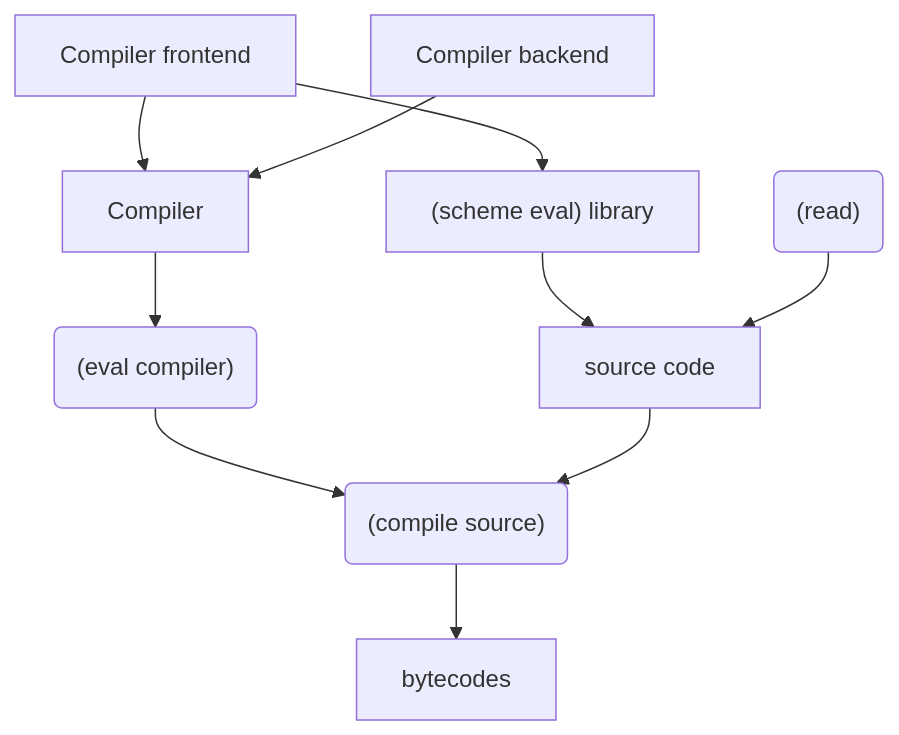
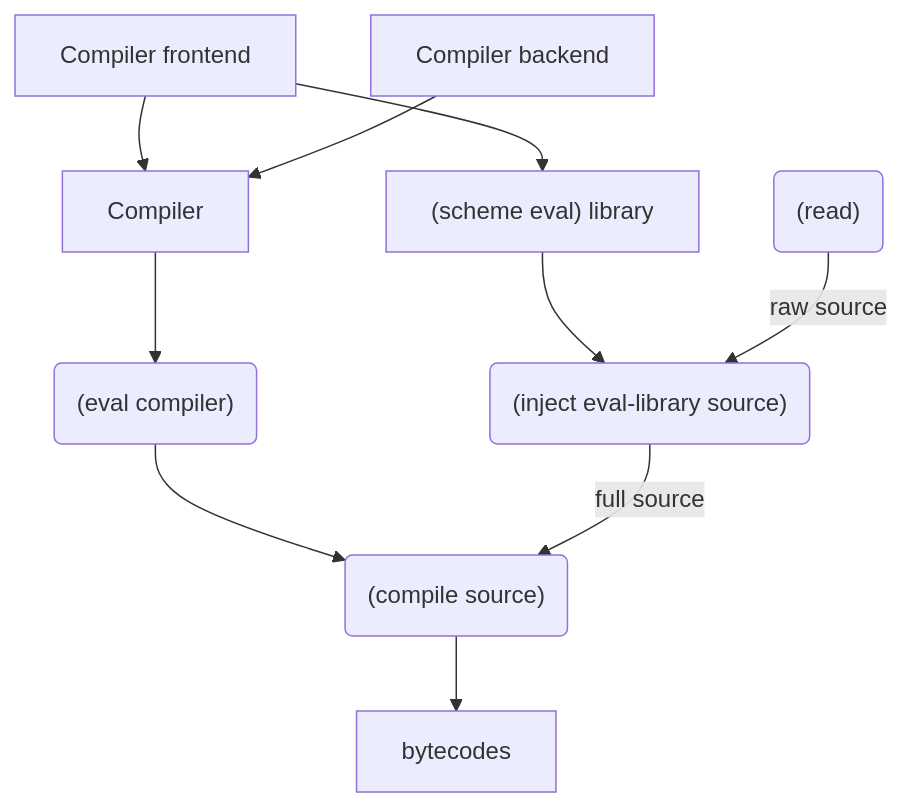
One commit to raviqqe/doc changed the first of 2 diagrams in posts/stak/inception.md. Above: the diagram before and after it, drawn with Mermaid.

````diff
--- a/posts/stak/inception.md
+++ b/posts/stak/inception.md
@@ -132,13 +132,13 @@
 ```mermaid
 graph TD
   A[Compiler frontend] --> C
   A --> D
   B[Compiler backend] --> C
   C[Compiler] --> E
   D["(scheme eval) library"] --> T
   E("(eval compiler)") --> F
   F("(compile source)") --> G
   G[bytecodes]
-  S("(read)") --> T
-  T[source code] --> F
+  S("(read)") -->|raw source| T
+  T("(inject eval-library source)") -->|full source| F
 ```
````
